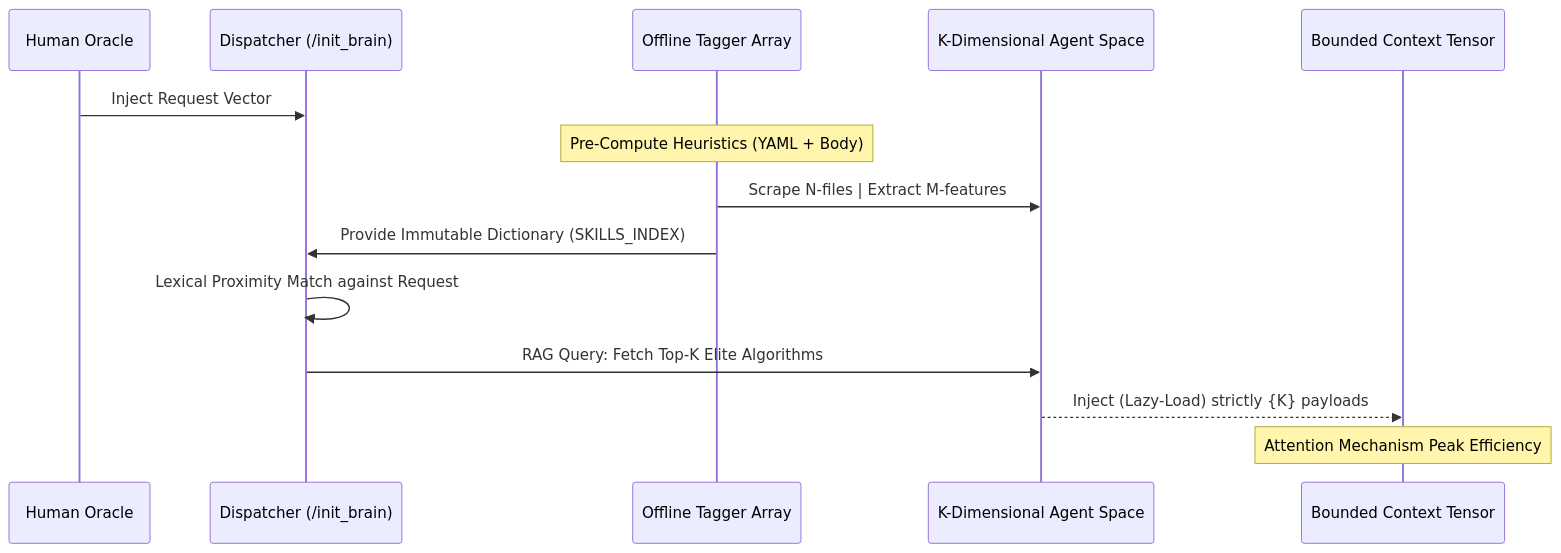
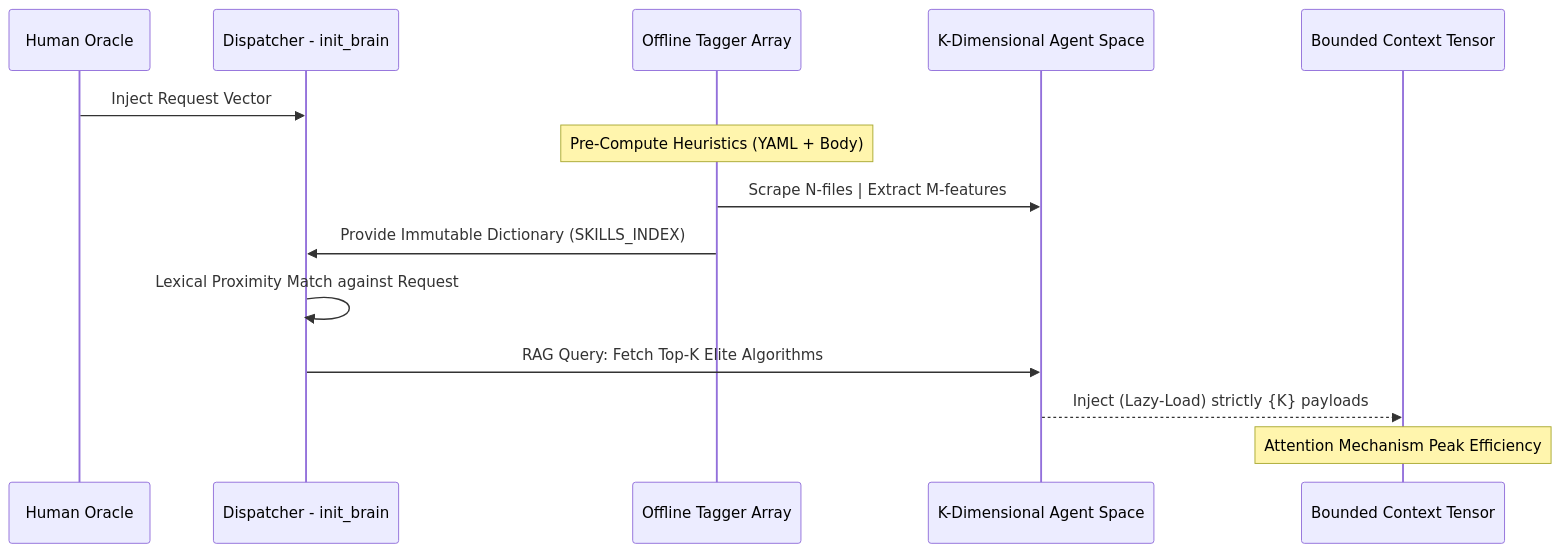
The first of 2 diagrams in V29.1_RELEASE_NOTES.md (huudangdev/.agents), drawn with Mermaid before and after one commit. The commit also changed 1 other file, not shown here.

Commit message:
fix: Resolve all final Mermaid syntax parsing errors (Status 0 Green, Exception) and push to Github

````diff
--- a/V29.1_RELEASE_NOTES.md
+++ b/V29.1_RELEASE_NOTES.md
@@ -31,18 +31,18 @@
 ```mermaid
 sequenceDiagram
     participant User as Human Oracle
-    participant Engine as Dispatcher (/init_brain)
+    participant Engine as Dispatcher - init_brain
     participant Indexer as Offline Tagger Array
     participant Node as K-Dimensional Agent Space
     participant Context as Bounded Context Tensor
 
     User->>Engine: Inject Request Vector
     Note over Indexer: Pre-Compute Heuristics (YAML + Body)
     Indexer->>Node: Scrape N-files | Extract M-features
     Indexer->>Engine: Provide Immutable Dictionary (SKILLS_INDEX)
     
     Engine->>Engine: Lexical Proximity Match against Request
     Engine->>Node: RAG Query: Fetch Top-K Elite Algorithms
     Node-->>Context: Inject (Lazy-Load) strictly {K} payloads
     Note over Context: Attention Mechanism Peak Efficiency
 ```
````
